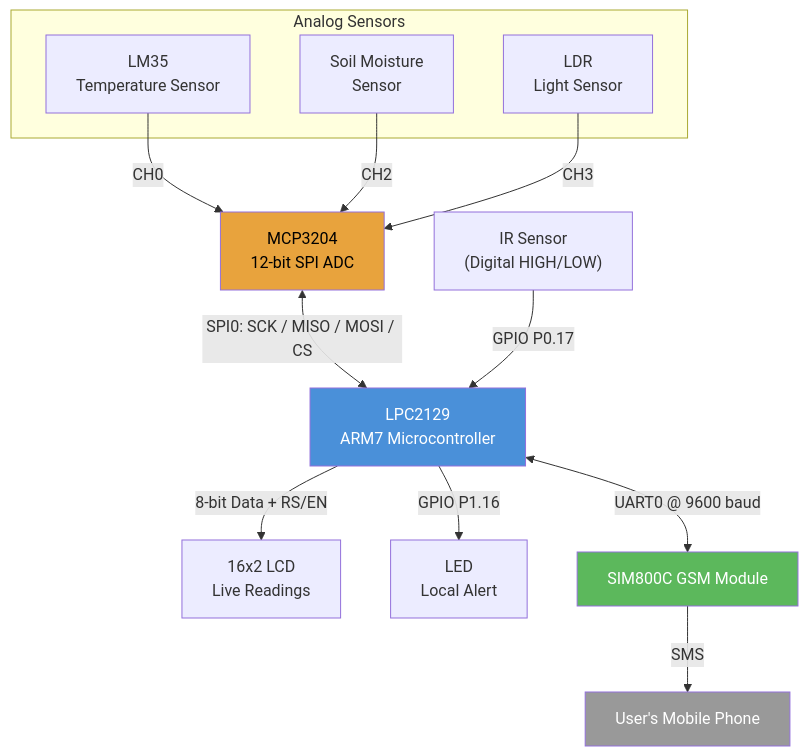
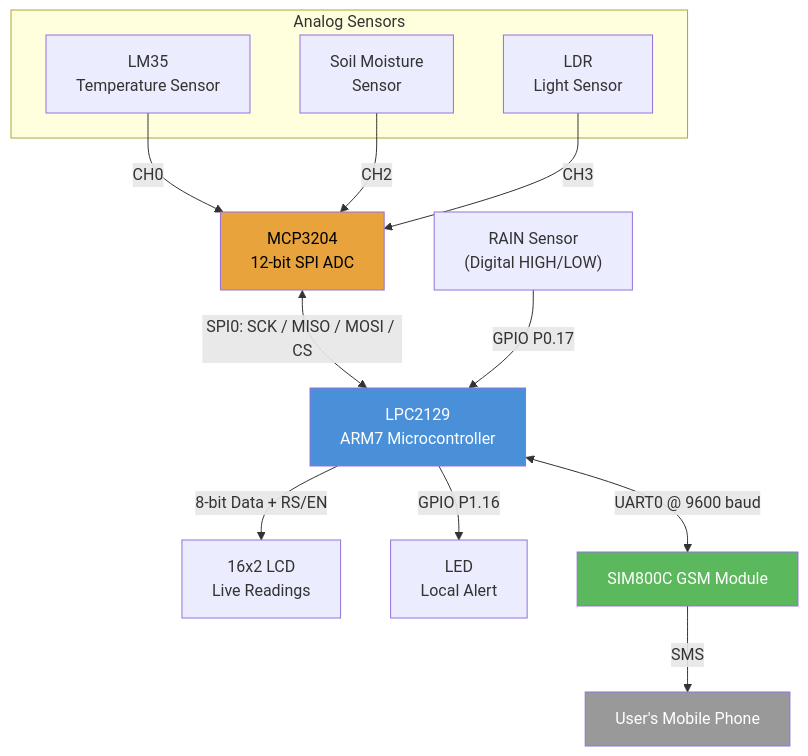
Before and after one commit to va092765/Real_time_weather_monitoring_system_SPI: the diagram in README.md, drawn with Mermaid. The commit also changed other lines of this file, not shown here.

Commit message:
Update README to include Rain-sensors in description

````diff
--- a/README.md
+++ b/README.md
@@ -7,27 +7,27 @@
 ```mermaid
 flowchart TB
     subgraph Sensors["Analog Sensors"]
         LM35["LM35\nTemperature Sensor"]
         SOIL["Soil Moisture\nSensor"]
         LDR["LDR\nLight Sensor"]
     end
 
-    IR["IR Sensor\n(Digital HIGH/LOW)"]
+    IR["RAIN Sensor\n(Digital HIGH/LOW)"]
 
     LM35 -->|CH0| ADC["MCP3204\n12-bit SPI ADC"]
     SOIL -->|CH2| ADC
     LDR -->|CH3| ADC
 
     ADC <-->|SPI0: SCK / MISO / MOSI / CS| MCU["LPC2129\nARM7 Microcontroller"]
     IR -->|GPIO P0.17| MCU
 
     MCU -->|8-bit Data + RS/EN| LCD["16x2 LCD\nLive Readings"]
     MCU -->|GPIO P1.16| ALERT["LED\nLocal Alert"]
     MCU <-->|UART0 @ 9600 baud| GSM["SIM800C GSM Module"]
     GSM -->|SMS| PHONE["User's Mobile Phone"]
 
     style MCU fill:#4a90d9,color:#fff
     style ADC fill:#e8a33d,color:#000
     style GSM fill:#5cb85c,color:#fff
     style PHONE fill:#999,color:#fff
 ```
````
